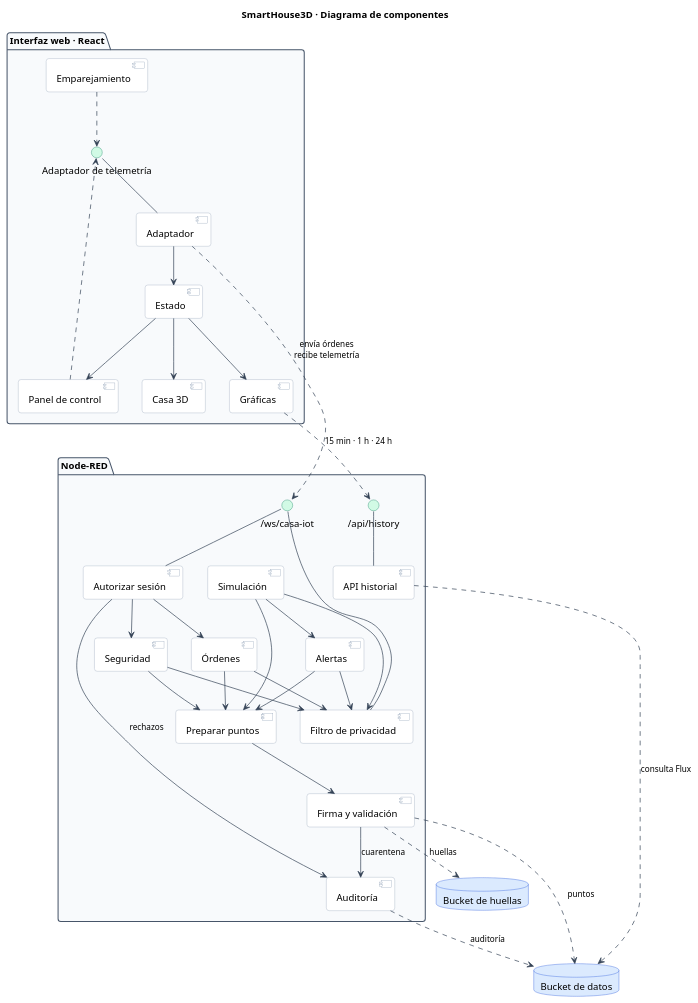
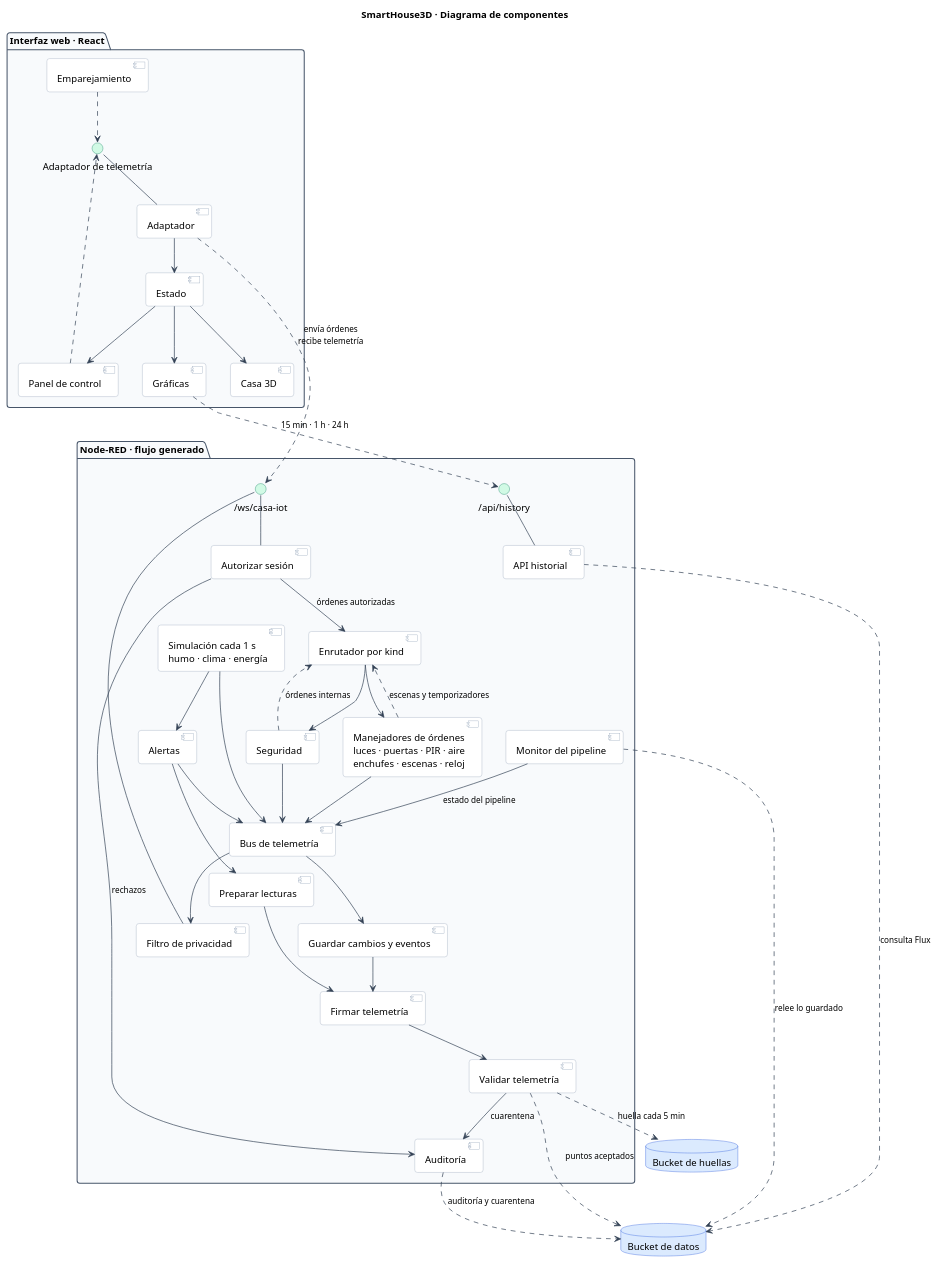
The diagram in docs/diagramas/componentes.puml (WilderG2004/SmartHouse3D), drawn with PlantUML before and after one commit. The commit also changed 5 other files, not shown here.

First line of the commit message:
Diagramas: rehechos releyendo el codigo entero

```diff
--- a/docs/diagramas/componentes.puml
+++ b/docs/diagramas/componentes.puml
@@ -1,92 +1,106 @@
 @startuml componentes
+' Cableado comprobado en infra/nodered/tools/build-flows.mts (secciones A-F)
+' y en los 36 nodos de infra/nodered/src/*.js. Nombres tomados de sus cabeceras @name.
 title SmartHouse3D · Diagrama de componentes
 
 skinparam backgroundColor White
 skinparam shadowing false
 skinparam defaultFontName Helvetica
 skinparam defaultFontSize 14
 skinparam roundcorner 8
 skinparam componentStyle uml2
 skinparam ArrowColor #334155
 skinparam ArrowFontSize 12
 skinparam nodesep 35
-skinparam ranksep 55
+skinparam ranksep 50
 skinparam package {
   BackgroundColor #F8FAFC
   BorderColor #475569
 }
 skinparam component {
   BackgroundColor #FFFFFF
   BorderColor #94A3B8
 }
 skinparam interface {
   BackgroundColor #D1FAE5
   BorderColor #047857
 }
 skinparam database {
   BackgroundColor #DBEAFE
   BorderColor #1D4ED8
 }
 
 package "Interfaz web · React" {
   component "Panel de control" as panel
   component "Gráficas" as graficas
   component "Casa 3D" as casa
   component "Emparejamiento" as empareja
   component "Estado" as estado
   component "Adaptador" as adaptador
   interface "Adaptador de telemetría" as ITel
 
   adaptador -up- ITel
   panel ..> ITel
   empareja ..> ITel
   adaptador --> estado
   estado --> panel
   estado --> graficas
   estado --> casa
 }
 
-package "Node-RED" {
+package "Node-RED · flujo generado" {
   component "Autorizar sesión" as auth
-  component "Órdenes" as ordenes
+  component "Enrutador por kind" as router
+  component "Manejadores de órdenes\nluces · puertas · PIR · aire\nenchufes · escenas · reloj" as handlers
   component "Seguridad" as seg
-  component "Simulación" as simul
+  component "Simulación cada 1 s\nhumo · clima · energía" as simul
   component "Alertas" as alertas
+  component "Bus de telemetría" as bus
   component "Filtro de privacidad" as filtro
-  component "Preparar puntos" as prepara
-  component "Firma y validación" as valida
+  component "Preparar lecturas" as prepara
+  component "Guardar cambios y eventos" as eventos
+  component "Firmar telemetría" as firma
+  component "Validar telemetría" as valida
   component "Auditoría" as audit
   component "API historial" as api
+  component "Monitor del pipeline" as monitor
   interface "/ws/casa-iot" as IWs
   interface "/api/history" as IHist
 
   auth -up- IWs
   filtro -up- IWs
   api -up- IHist
-  auth --> ordenes
-  auth --> seg
+
+  auth --> router : "órdenes autorizadas"
   auth --> audit : "rechazos"
+  router --> handlers
+  router --> seg
+  handlers --> bus
+  seg --> bus
+  seg ..> router : "órdenes internas"
+  handlers ..> router : "escenas y temporizadores"
   simul --> alertas
-  ordenes --> filtro
-  seg --> filtro
-  simul --> filtro
-  alertas --> filtro
-  ordenes --> prepara
-  seg --> prepara
-  simul --> prepara
+  simul --> bus
+  alertas --> bus
   alertas --> prepara
-  prepara --> valida
+  bus --> filtro
+  bus --> eventos
+  prepara --> firma
+  eventos --> firma
+  firma --> valida
   valida --> audit : "cuarentena"
+  monitor --> bus : "estado del pipeline"
 }
 
 database "Bucket de datos" as bdatos
 database "Bucket de huellas" as bhuellas
 
 adaptador ..> IWs : "envía órdenes\nrecibe telemetría"
 graficas ..> IHist : "15 min · 1 h · 24 h"
-valida ..> bdatos : "puntos"
-valida ..> bhuellas : "huellas"
-audit ..> bdatos : "auditoría"
+valida ..> bdatos : "puntos aceptados"
+valida ..> bhuellas : "huella cada 5 min"
+audit ..> bdatos : "auditoría y cuarentena"
 api ..> bdatos : "consulta Flux"
+monitor ..> bdatos : "relee lo guardado"
 
 @enduml
```
